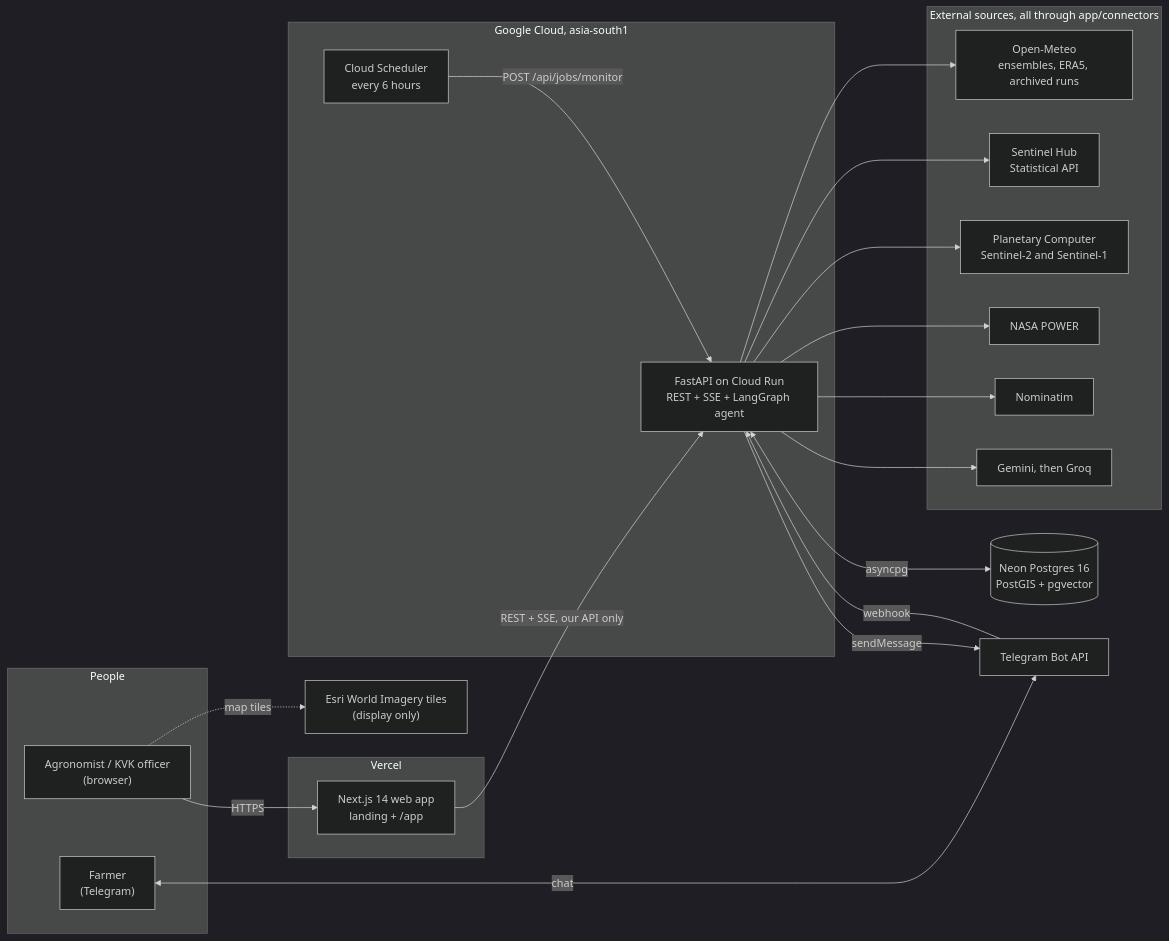
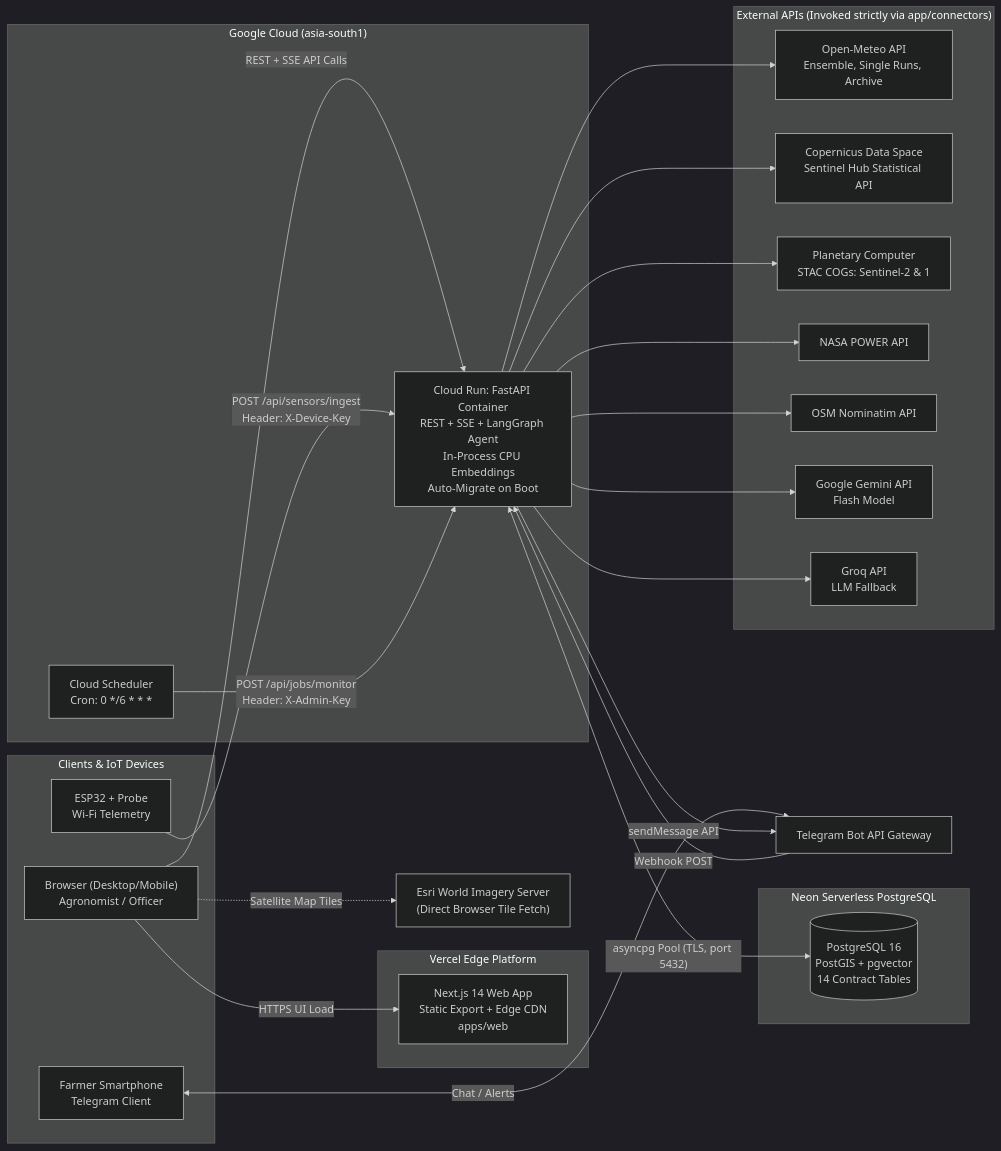
The second of 28 diagrams in README.md (ZaroCoding/KhetiKavach), drawn with Mermaid (dark theme) before and after one commit. The commit also changed other lines of this file and 18 other files, not shown here.

````diff
--- a/README.md
+++ b/README.md
@@ -218,39 +361,46 @@
 ```mermaid
 flowchart LR
-  subgraph People
-    AG["Agronomist / KVK officer<br/>(browser)"]
-    FA["Farmer<br/>(Telegram)"]
+  subgraph Users["Clients & IoT Devices"]
+    BR["Browser (Desktop/Mobile)<br/>Agronomist / Officer"]
+    PH["Farmer Smartphone<br/>Telegram Client"]
+    ESP["ESP32 + Probe<br/>Wi-Fi Telemetry"]
   end
-  subgraph Vercel
-    WEB["Next.js 14 web app<br/>landing + /app"]
+  subgraph Vercel["Vercel Edge Platform"]
+    WEB["Next.js 14 Web App<br/>Static Export + Edge CDN<br/>apps/web"]
   end
-  subgraph GCP["Google Cloud, asia-south1"]
-    API["FastAPI on Cloud Run<br/>REST + SSE + LangGraph agent"]
-    SCH["Cloud Scheduler<br/>every 6 hours"]
+  subgraph GCP["Google Cloud (asia-south1)"]
+    API["Cloud Run: FastAPI Container<br/>REST + SSE + LangGraph Agent<br/>In-Process CPU Embeddings<br/>Auto-Migrate on Boot"]
+    SCH["Cloud Scheduler<br/>Cron: 0 */6 * * *"]
   end
-  DB[("Neon Postgres 16<br/>PostGIS + pgvector")]
-  subgraph Upstream["External sources, all through app/connectors"]
-    OM["Open-Meteo<br/>ensembles, ERA5, archived runs"]
-    SH["Sentinel Hub<br/>Statistical API"]
-    PC["Planetary Computer<br/>Sentinel-2 and Sentinel-1"]
-    NP["NASA POWER"]
-    OSM["Nominatim"]
-    LLM["Gemini, then Groq"]
+  subgraph Neon["Neon Serverless PostgreSQL"]
+    DB[("PostgreSQL 16<br/>PostGIS + pgvector<br/>14 Contract Tables")]
   end
-  TG["Telegram Bot API"]
-  ESRI["Esri World Imagery tiles<br/>(display only)"]
-  AG -->|HTTPS| WEB
-  AG -.->|map tiles| ESRI
-  WEB -->|"REST + SSE, our API only"| API
-  SCH -->|"POST /api/jobs/monitor"| API
-  FA <-->|chat| TG
-  TG -->|webhook| API
-  API -->|sendMessage| TG
-  API <-->|asyncpg| DB
-  API --> OM
+  TGAPI["Telegram Bot API Gateway"]
+  subgraph Ext["External APIs (Invoked strictly via app/connectors)"]
+    OMENS["Open-Meteo API<br/>Ensemble, Single Runs, Archive"]
+    SH["Copernicus Data Space<br/>Sentinel Hub Statistical API"]
+    PC["Planetary Computer<br/>STAC COGs: Sentinel-2 & 1"]
+    NP["NASA POWER API"]
+    OSM["OSM Nominatim API"]
+    GEM["Google Gemini API<br/>Flash Model"]
+    GRQ["Groq API<br/>LLM Fallback"]
+  end
+  ESRI["Esri World Imagery Server<br/>(Direct Browser Tile Fetch)"]
+
+  BR -->|HTTPS UI Load| WEB
+  BR -->|"REST + SSE API Calls"| API
+  BR -.->|Satellite Map Tiles| ESRI
+  PH <-->|Chat / Alerts| TGAPI
+  TGAPI -->|"Webhook POST"| API
+  API -->|sendMessage API| TGAPI
+  ESP -->|"POST /api/sensors/ingest<br/>Header: X-Device-Key"| API
+  SCH -->|"POST /api/jobs/monitor<br/>Header: X-Admin-Key"| API
+  API <-->|"asyncpg Pool (TLS, port 5432)"| DB
+  API --> OMENS
   API --> SH
   API --> PC
   API --> NP
   API --> OSM
-  API --> LLM
+  API --> GEM
+  API --> GRQ
 ```
````
